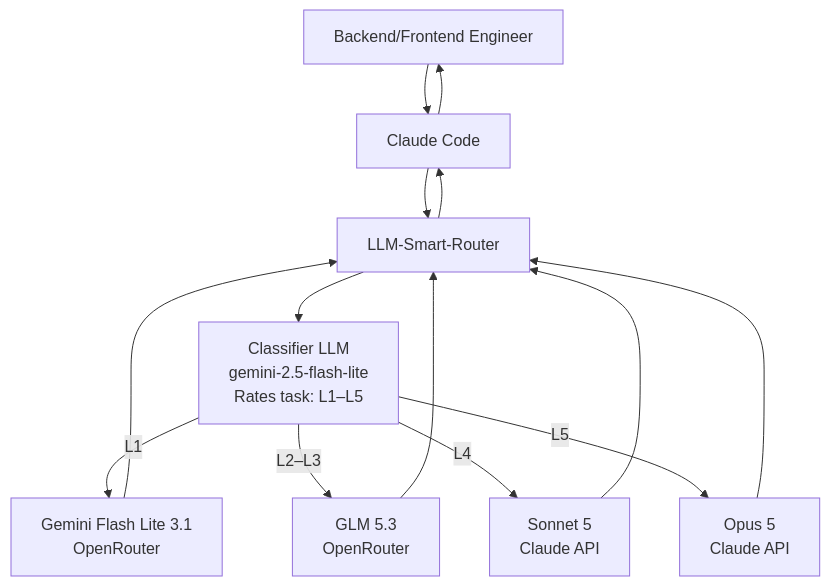
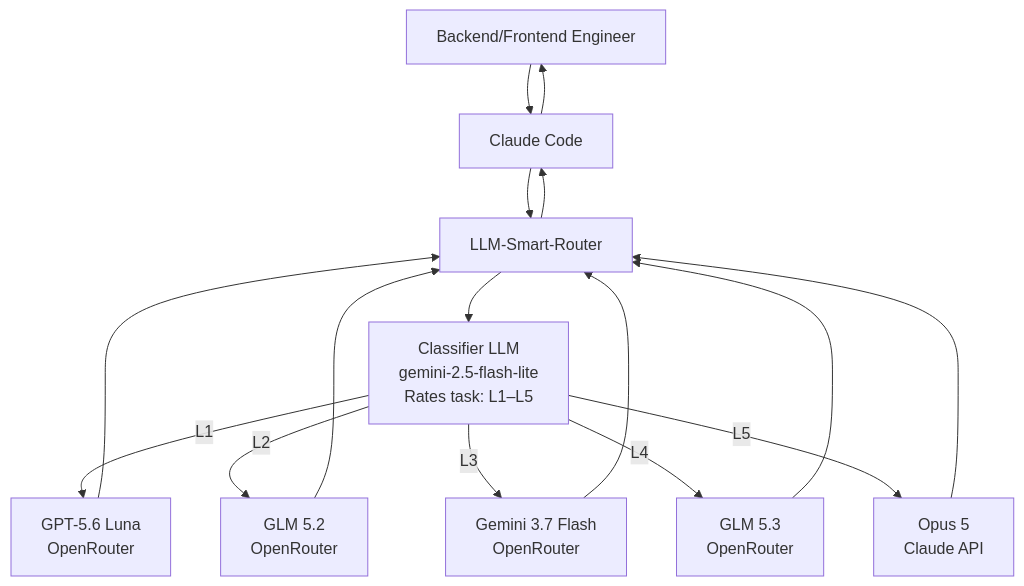
One commit to Green-Needle-Tech/llm-smart-router changed the diagram in smart_router_flow.mmd. Above: the diagram before and after it, drawn with Mermaid. The commit also changed 3 other files, not shown here.

First line of the commit message:
chore(routing): update L1-L5 tier models and Mermaid diagrams

```diff
--- a/smart_router_flow.mmd
+++ b/smart_router_flow.mmd
@@ -1,17 +1,19 @@
 flowchart TD
     A[Backend/Frontend Engineer] --> B[Claude Code]
     B --> C[LLM-Smart-Router]
     C --> D[Classifier LLM<br/>gemini-2.5-flash-lite<br/>Rates task: L1–L5]
 
-    D -->|L1| E[Gemini Flash Lite 3.1<br/>OpenRouter]
-    D -->|L2–L3| F[GLM 5.3<br/>OpenRouter]
-    D -->|L4| G[Sonnet 5<br/>Claude API]
-    D -->|L5| H[Opus 5<br/>Claude API]
+    D -->|L1| E[GPT-5.6 Luna<br/>OpenRouter]
+    D -->|L2| F[GLM 5.2<br/>OpenRouter]
+    D -->|L3| G[Gemini 3.7 Flash<br/>OpenRouter]
+    D -->|L4| H[GLM 5.3<br/>OpenRouter]
+    D -->|L5| I[Opus 5<br/>Claude API]
 
     E --> C
     F --> C
     G --> C
     H --> C
+    I --> C
 
     C --> B
     B --> A
```
